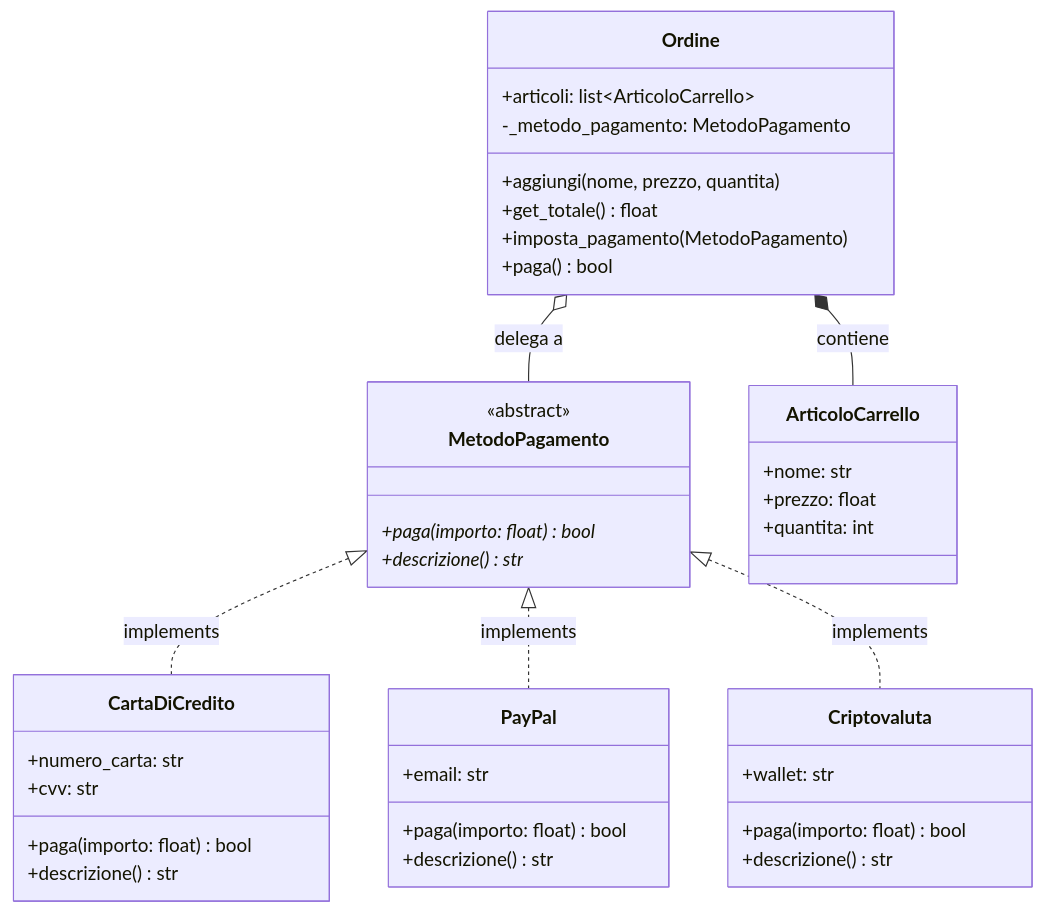
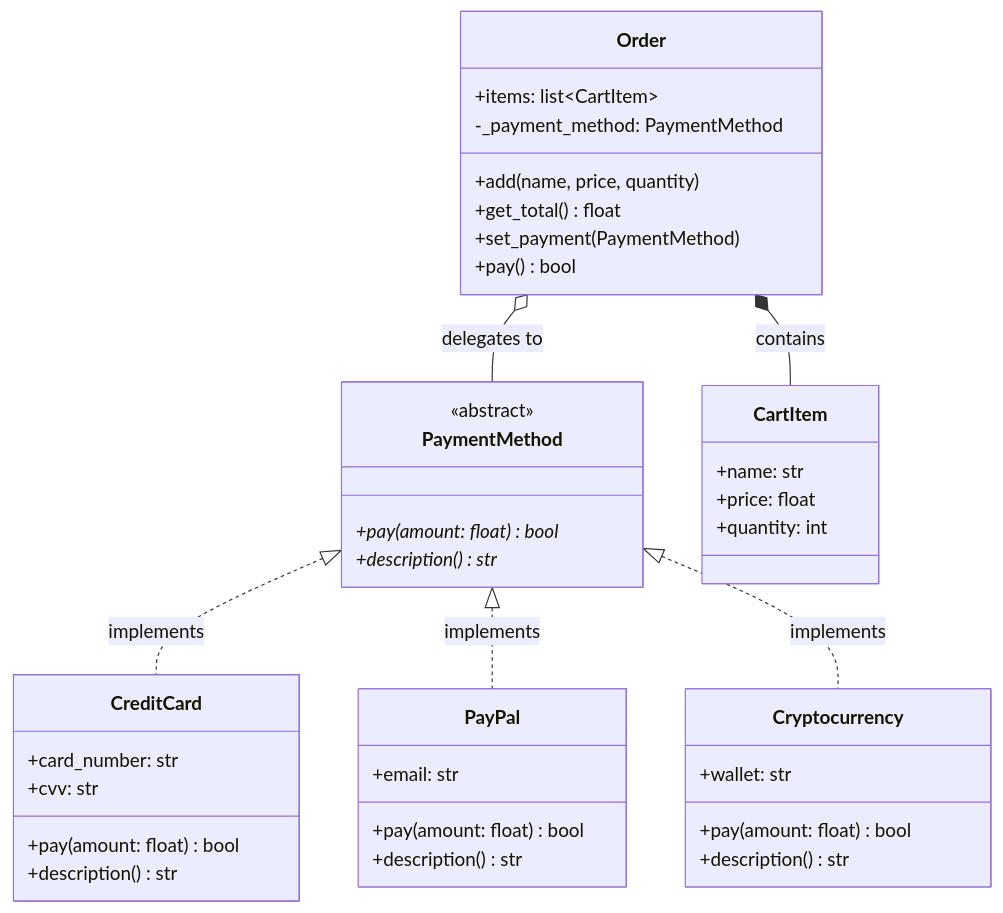
Before and after one commit to lucadileo9/design-pattern: the second of 3 diagrams in 03_behavioral/strategy/README.md, drawn with Mermaid. The commit also changed other lines of this file and 43 other files, not shown here.

````diff
--- a/03_behavioral/strategy/README.md
+++ b/03_behavioral/strategy/README.md
@@ -60,43 +60,43 @@
 ```mermaid
 classDiagram
-    class MetodoPagamento {
+    class PaymentMethod {
         <<abstract>>
-        +paga(importo: float)* bool
-        +descrizione()* str
+        +pay(amount: float)* bool
+        +description()* str
     }
-    class CartaDiCredito {
-        +numero_carta: str
+    class CreditCard {
+        +card_number: str
         +cvv: str
-        +paga(importo: float) bool
-        +descrizione() str
+        +pay(amount: float) bool
+        +description() str
     }
     class PayPal {
         +email: str
-        +paga(importo: float) bool
-        +descrizione() str
+        +pay(amount: float) bool
+        +description() str
     }
-    class Criptovaluta {
+    class Cryptocurrency {
         +wallet: str
-        +paga(importo: float) bool
-        +descrizione() str
+        +pay(amount: float) bool
+        +description() str
     }
-    class Ordine {
-        +articoli: list~ArticoloCarrello~
-        -_metodo_pagamento: MetodoPagamento
-        +aggiungi(nome, prezzo, quantita)
-        +get_totale() float
-        +imposta_pagamento(MetodoPagamento)
-        +paga() bool
+    class Order {
+        +items: list~CartItem~
+        -_payment_method: PaymentMethod
+        +add(name, price, quantity)
+        +get_total() float
+        +set_payment(PaymentMethod)
+        +pay() bool
     }
-    class ArticoloCarrello {
-        +nome: str
-        +prezzo: float
-        +quantita: int
+    class CartItem {
+        +name: str
+        +price: float
+        +quantity: int
     }
 
-    MetodoPagamento <|.. CartaDiCredito : implements
-    MetodoPagamento <|.. PayPal : implements
-    MetodoPagamento <|.. Criptovaluta : implements
-    Ordine o-- MetodoPagamento : delega a
-    Ordine *-- ArticoloCarrello : contiene
+    PaymentMethod <|.. CreditCard : implements
+    PaymentMethod <|.. PayPal : implements
+    PaymentMethod <|.. Cryptocurrency : implements
+    Order o-- PaymentMethod : delegates to
+    Order *-- CartItem : contains
 ```
````
